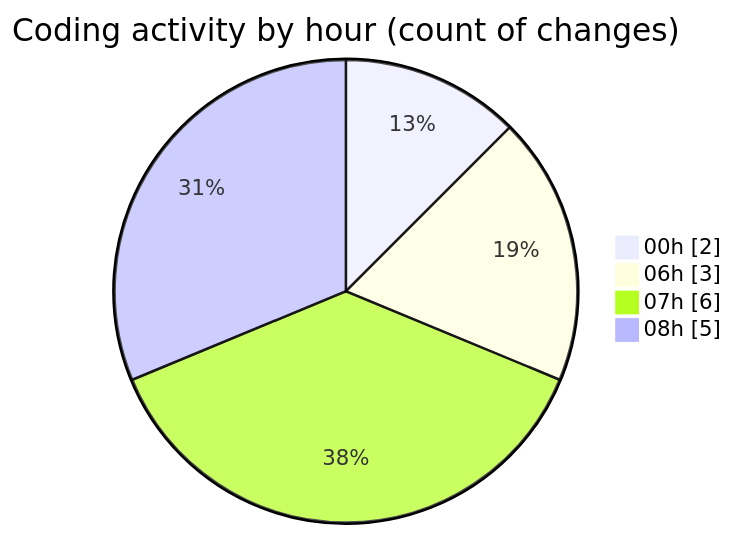
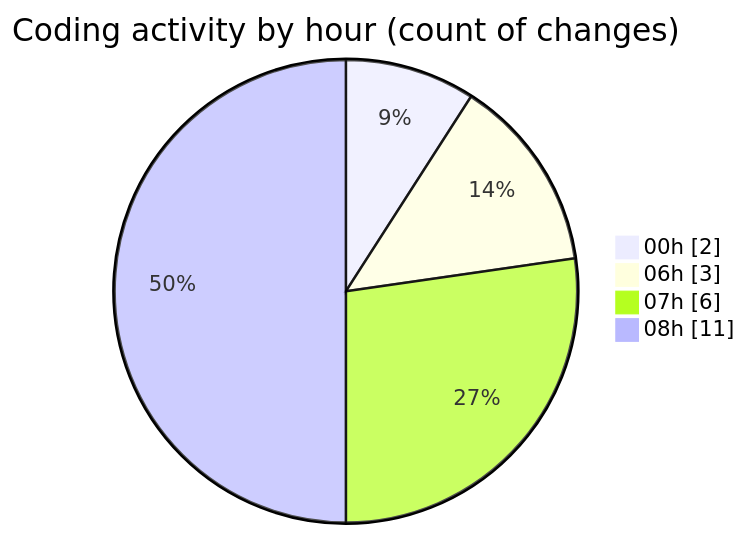
One commit to Elitesun/code-tracking changed the second of 2 diagrams in 2025-05-15/niten/README.md. Above: the diagram before and after it, drawn with Mermaid. The commit also changed other lines of this file and 1 other file, not shown here.

````diff
--- a/2025-05-15/niten/README.md
+++ b/2025-05-15/niten/README.md
@@ -34,8 +39,8 @@
 ```mermaid
 pie showData
 title Coding activity by hour (count of changes)
 "00h" : 2
 "06h" : 3
 "07h" : 6
-"08h" : 5
+"08h" : 11
 ```
````
